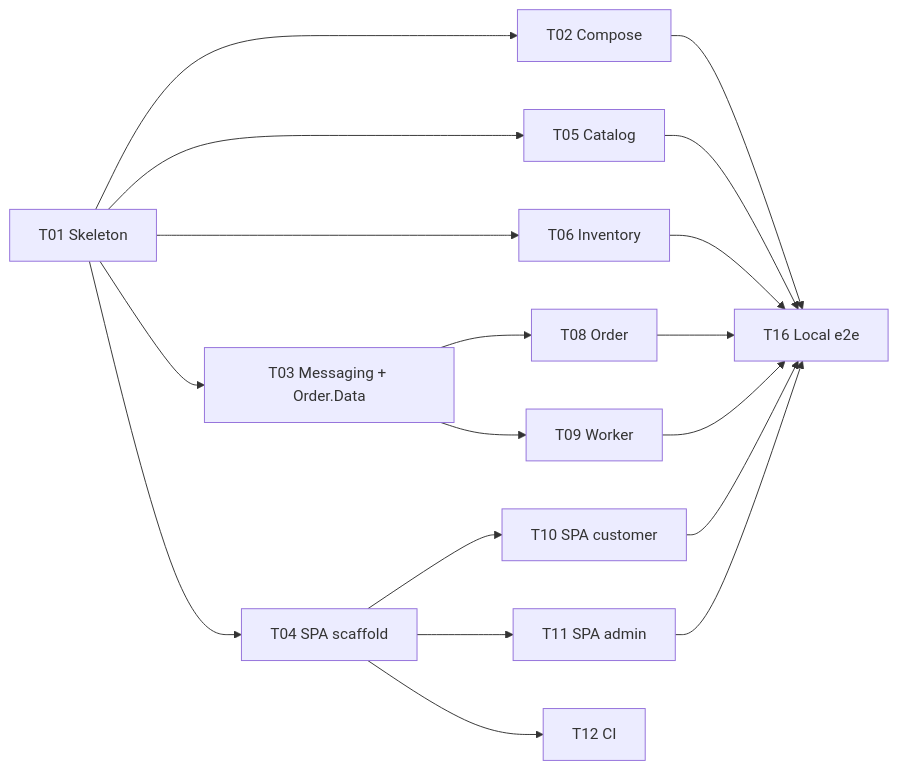
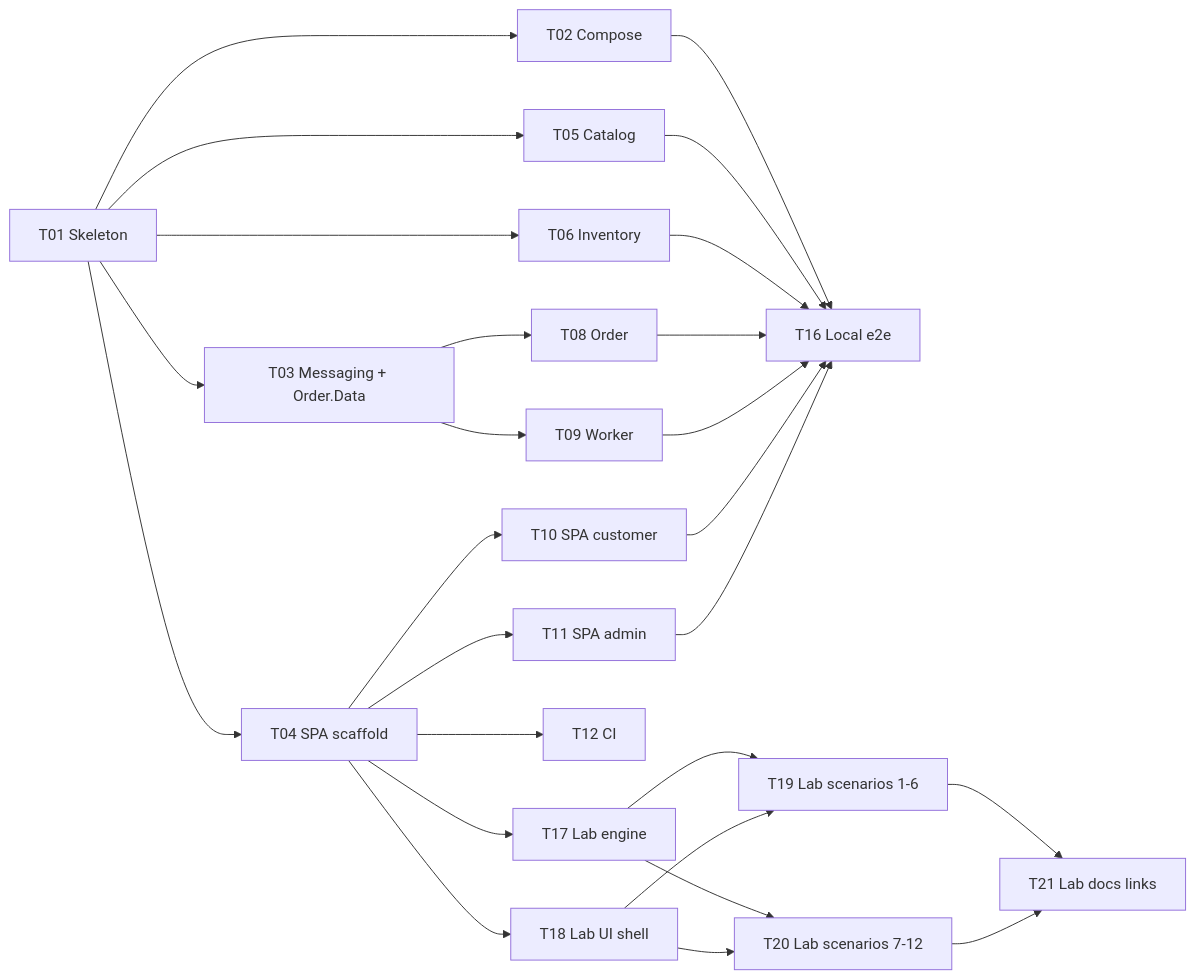
Before and after one commit to devsuperman/SuperTickets: the diagram in docs/project/tasks.md, drawn with Mermaid. The commit also changed other lines of this file and 5 other files, not shown here.

````diff
--- a/docs/project/tasks.md
+++ b/docs/project/tasks.md
@@ -7,7 +7,10 @@
 ```mermaid
 graph LR
   T01[T01 Skeleton] --> T02[T02 Compose] & T03[T03 Messaging + Order.Data] & T04[T04 SPA scaffold] & T05[T05 Catalog] & T06[T06 Inventory]
   T03 --> T08[T08 Order] & T09[T09 Worker]
   T04 --> T10[T10 SPA customer] & T11[T11 SPA admin] & T12[T12 CI]
   T02 & T05 & T06 & T08 & T09 & T10 & T11 --> T16[T16 Local e2e]
+  T04 --> T17[T17 Lab engine] & T18[T18 Lab UI shell]
+  T17 & T18 --> T19[T19 Lab scenarios 1-6] & T20[T20 Lab scenarios 7-12]
+  T19 & T20 --> T21[T21 Lab docs links]
 ```
````
